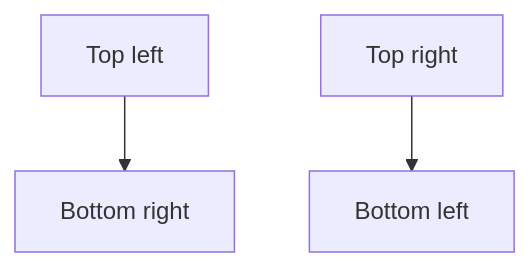
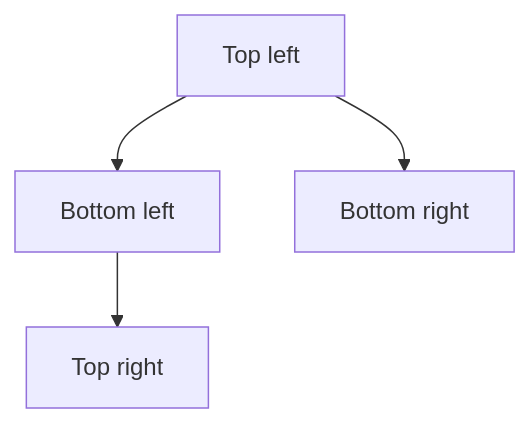
The diagram in e2e/diagrams/grid/19-tl-br-routing.mmd (mermaid-js/mermaid), drawn with Mermaid before and after one commit. The commit also changed other lines of this file, not shown here.

Commit message:
avoid symbol in layout

```diff
--- a/e2e/diagrams/grid/19-tl-br-routing.mmd
+++ b/e2e/diagrams/grid/19-tl-br-routing.mmd
@@ -1,12 +1,13 @@
 ---
 config:
   layout: grid
 ---
 flowchart TB
   TL["Top left"]@{ row: 1, column: 1 }
-  TR["Top right"]@{ row: 1, column: 3 }
-  BL["Bottom left"]@{ row: 3, column: 1 }
-  BR["Bottom right"]@{ row: 3, column: 3 }
+  TR["Top right"]@{ row: 1, column: 2 }
+  BL["Bottom left"]@{ row: 2, column: 1 }
+  BR["Bottom right"]@{ row: 2, column: 2 }
 
   TL --> BR
-  TR --> BL
+  TL --> BL
+  BL --> TR
```
